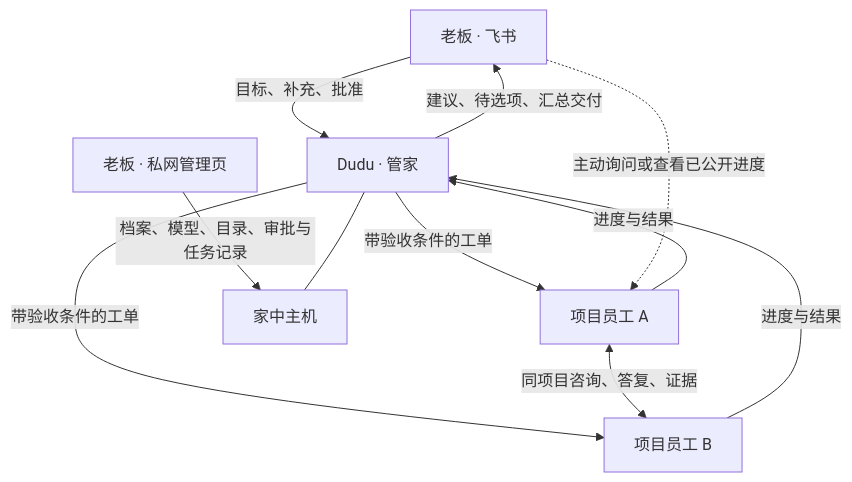
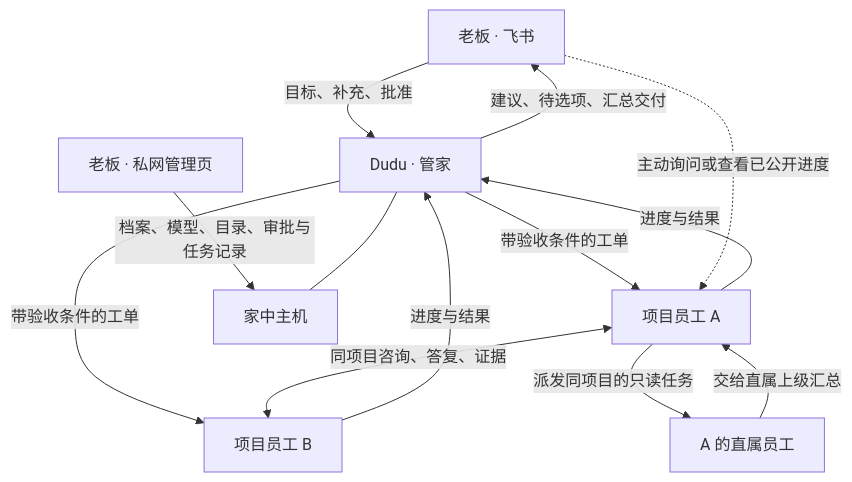
The diagram in docs/OPC_REQUIREMENTS_ZH.md (lihan960222-sys/dudu-opc), drawn with Mermaid before and after one commit. The commit also changed other lines of this file and 41 other files, not shown here.

````diff
--- a/docs/OPC_REQUIREMENTS_ZH.md
+++ b/docs/OPC_REQUIREMENTS_ZH.md
@@ -5,13 +5,15 @@
 ```mermaid
 flowchart TD
     B["老板 · 飞书"] -->|"目标、补充、批准"| D["Dudu · 管家"]
     D -->|"建议、待选项、汇总交付"| B
     D -->|"带验收条件的工单"| A["项目员工 A"]
     D -->|"带验收条件的工单"| C["项目员工 B"]
     A <-->|"同项目咨询、答复、证据"| C
     A -->|"进度与结果"| D
     C -->|"进度与结果"| D
+    A -->|"派发同项目的只读任务"| S["A 的直属员工"]
+    S -->|"交给直属上级汇总"| A
     B -.->|"主动询问或查看已公开进度"| A
     M["老板 · 私网管理页"] -->|"档案、模型、目录、审批与任务记录"| H["家中主机"]
     D --- H
 ```
````
